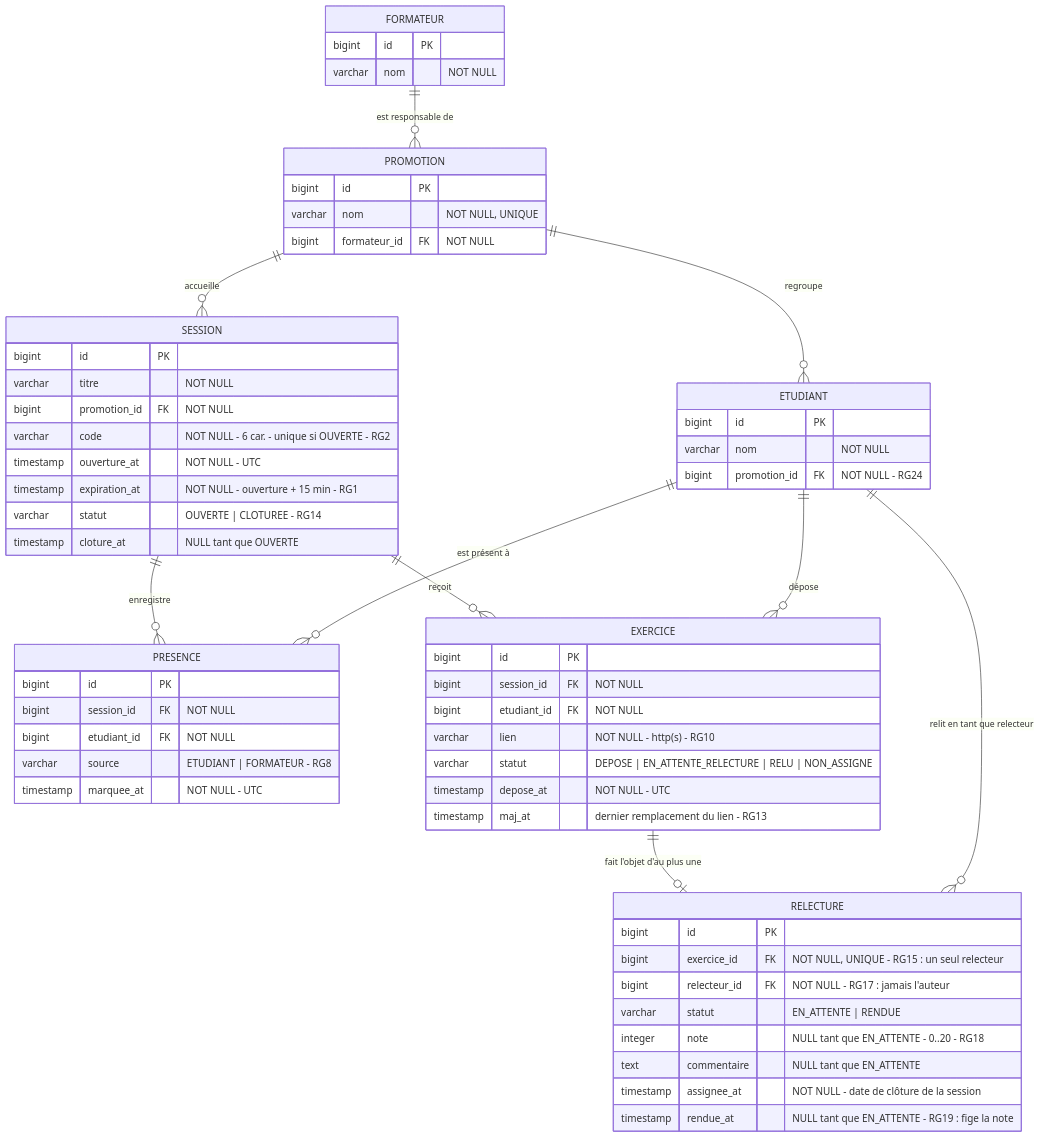
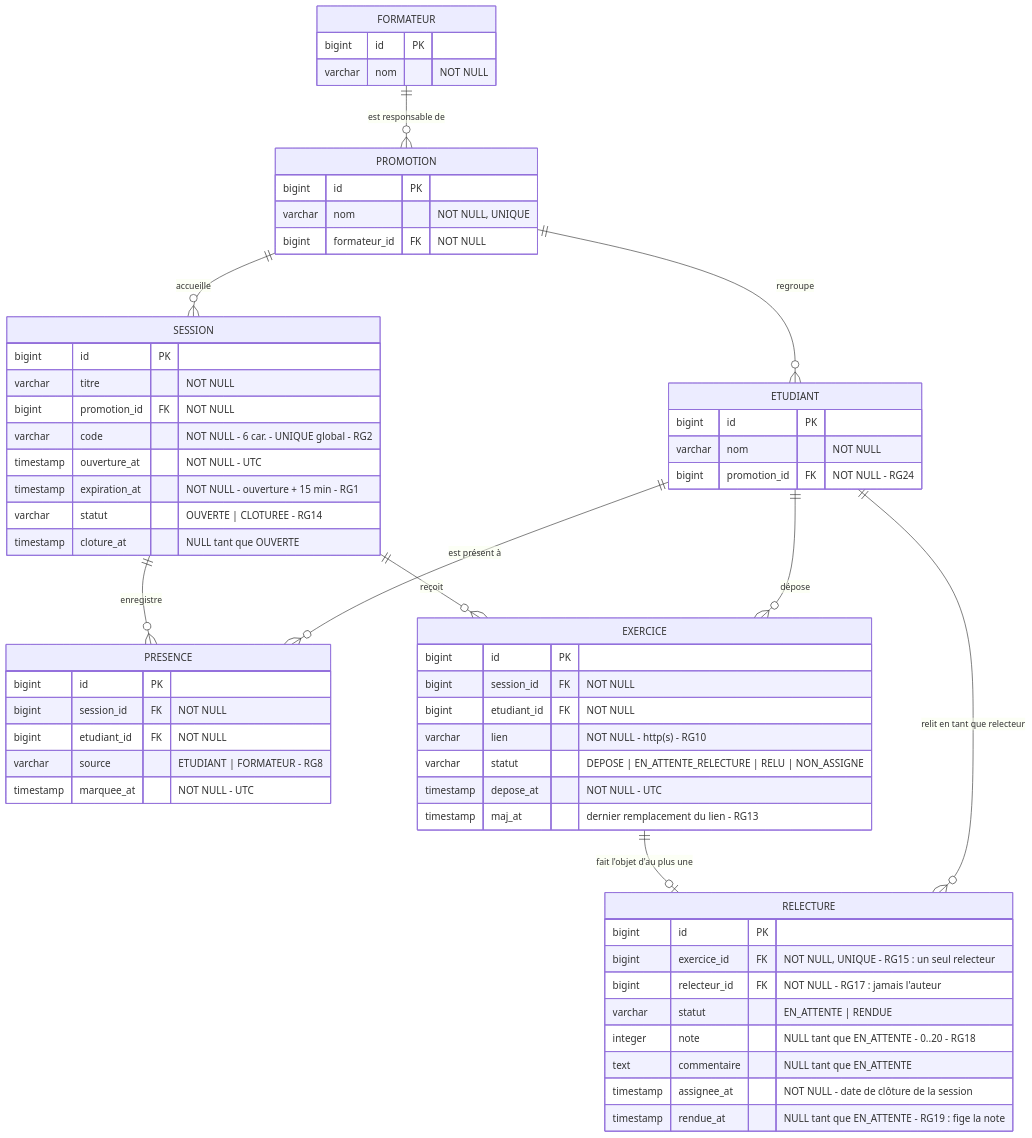
Before and after one commit to clementange/kfokam48-epreuve-195: the diagram in docs/diagrammes/D2-modele-donnees.md, drawn with Mermaid. The commit also changed other lines of this file and 22 other files, not shown here.

````diff
--- a/docs/diagrammes/D2-modele-donnees.md
+++ b/docs/diagrammes/D2-modele-donnees.md
@@ -7,69 +7,69 @@
 ```mermaid
 erDiagram
     FORMATEUR  ||--o{ PROMOTION : "est responsable de"
     PROMOTION  ||--o{ ETUDIANT  : "regroupe"
     PROMOTION  ||--o{ SESSION   : "accueille"
     SESSION    ||--o{ PRESENCE  : "enregistre"
     ETUDIANT   ||--o{ PRESENCE  : "est présent à"
     SESSION    ||--o{ EXERCICE  : "reçoit"
     ETUDIANT   ||--o{ EXERCICE  : "dépose"
     EXERCICE   ||--o| RELECTURE : "fait l'objet d'au plus une"
     ETUDIANT   ||--o{ RELECTURE : "relit en tant que relecteur"
 
     FORMATEUR {
         bigint  id          PK
         varchar nom         "NOT NULL"
     }
 
     PROMOTION {
         bigint  id            PK
         varchar nom           "NOT NULL, UNIQUE"
         bigint  formateur_id  FK "NOT NULL"
     }
 
     ETUDIANT {
         bigint  id            PK
         varchar nom           "NOT NULL"
         bigint  promotion_id  FK "NOT NULL - RG24"
     }
 
     SESSION {
         bigint    id            PK
         varchar   titre         "NOT NULL"
         bigint    promotion_id  FK "NOT NULL"
-        varchar   code          "NOT NULL - 6 car. - unique si OUVERTE - RG2"
+        varchar   code          "NOT NULL - 6 car. - UNIQUE global - RG2"
         timestamp ouverture_at  "NOT NULL - UTC"
         timestamp expiration_at "NOT NULL - ouverture + 15 min - RG1"
         varchar   statut        "OUVERTE | CLOTUREE - RG14"
         timestamp cloture_at    "NULL tant que OUVERTE"
     }
 
     PRESENCE {
         bigint    id          PK
         bigint    session_id  FK "NOT NULL"
         bigint    etudiant_id FK "NOT NULL"
         varchar   source      "ETUDIANT | FORMATEUR - RG8"
         timestamp marquee_at  "NOT NULL - UTC"
     }
 
     EXERCICE {
         bigint    id          PK
         bigint    session_id  FK "NOT NULL"
         bigint    etudiant_id FK "NOT NULL"
         varchar   lien        "NOT NULL - http(s) - RG10"
         varchar   statut      "DEPOSE | EN_ATTENTE_RELECTURE | RELU | NON_ASSIGNE"
         timestamp depose_at   "NOT NULL - UTC"
         timestamp maj_at      "dernier remplacement du lien - RG13"
     }
 
     RELECTURE {
         bigint    id           PK
         bigint    exercice_id  FK "NOT NULL, UNIQUE - RG15 : un seul relecteur"
         bigint    relecteur_id FK "NOT NULL - RG17 : jamais l'auteur"
         varchar   statut       "EN_ATTENTE | RENDUE"
         integer   note         "NULL tant que EN_ATTENTE - 0..20 - RG18"
         text      commentaire  "NULL tant que EN_ATTENTE"
         timestamp assignee_at  "NOT NULL - date de clôture de la session"
         timestamp rendue_at    "NULL tant que EN_ATTENTE - RG19 : fige la note"
     }
 ```
````
